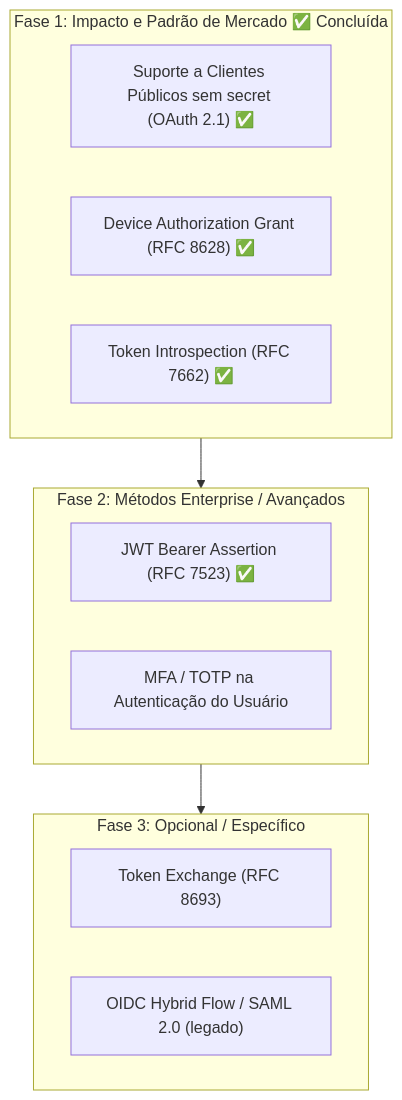
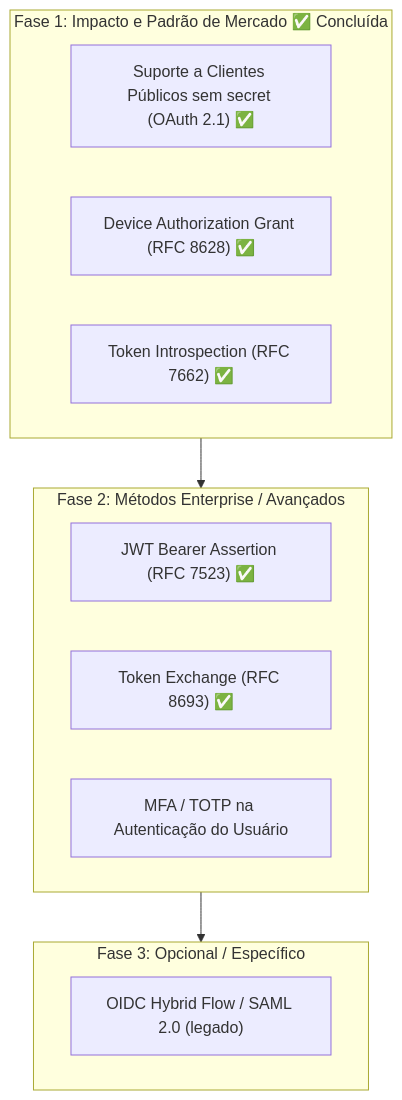
Before and after one commit to mvdfreitas/php-oauth: the first of 3 diagrams in docs/ANALISE_METODOS_AUTENTICACAO.md, drawn with Mermaid. The commit also changed other lines of this file and 4 other files, not shown here.

Commit message:
feat: implementacao do metodo token exchange

````diff
--- a/docs/ANALISE_METODOS_AUTENTICACAO.md
+++ b/docs/ANALISE_METODOS_AUTENTICACAO.md
@@ -89,20 +86,20 @@
 ```mermaid
 flowchart TD
     subgraph Fase1["Fase 1: Impacto e Padrão de Mercado ✅ Concluída"]
         C["Suporte a Clientes Públicos sem secret (OAuth 2.1) ✅"]
         C2["Device Authorization Grant (RFC 8628) ✅"]
         C3["Token Introspection (RFC 7662) ✅"]
     end
 
     subgraph Fase2["Fase 2: Métodos Enterprise / Avançados"]
         D["JWT Bearer Assertion (RFC 7523) ✅"]
+        D2["Token Exchange (RFC 8693) ✅"]
         E["MFA / TOTP na Autenticação do Usuário"]
     end
 
     subgraph Fase3["Fase 3: Opcional / Específico"]
-        F["Token Exchange (RFC 8693)"]
         G["OIDC Hybrid Flow / SAML 2.0 (legado)"]
     end
 
     Fase1 --> Fase2 --> Fase3
 ```
````
